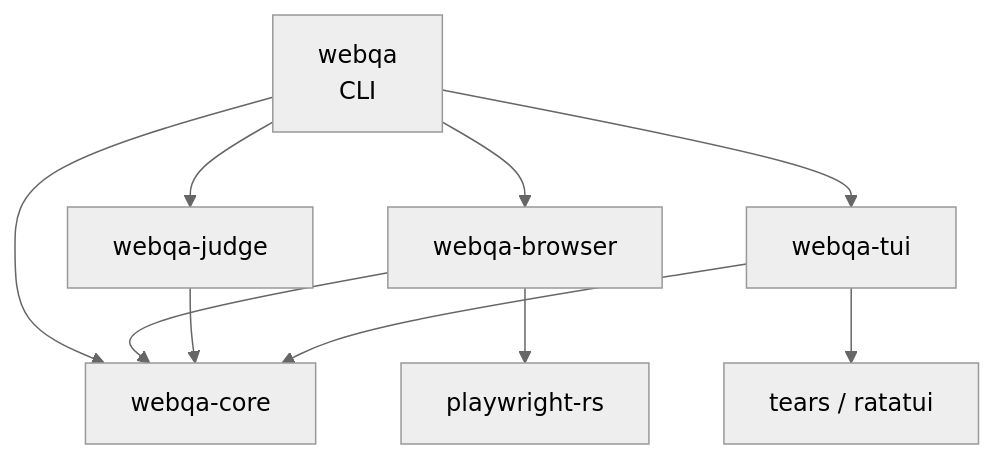
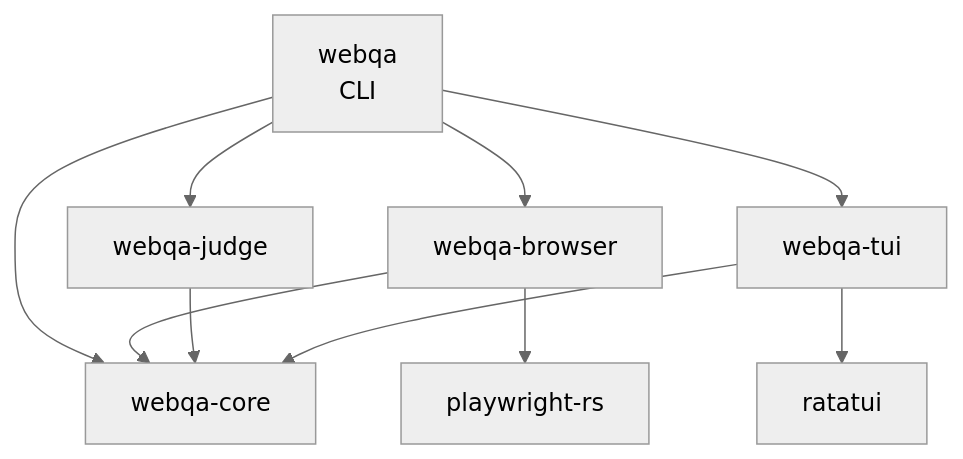
One commit to Hakkadaikon/webqa-explorer changed the second of 3 diagrams in docs/architecture.md. Above: the diagram before and after it, drawn with Mermaid (neutral theme). The commit also changed other lines of this file, not shown here.

First line of the commit message:
docs(architecture): TUI は注入した時計で読み、rawモードにしないと書く

````diff
--- a/docs/architecture.md
+++ b/docs/architecture.md
@@ -48,12 +48,12 @@
 ```mermaid
 flowchart TD
   webqa[webqa<br/>CLI] --> browser[webqa-browser]
   webqa --> judge[webqa-judge]
   webqa --> tui[webqa-tui]
   webqa --> core[webqa-core]
   browser --> core
   judge --> core
   tui --> core
   browser --> pw[playwright-rs]
-  tui --> tears[tears / ratatui]
+  tui --> ratatui
 ```
````
